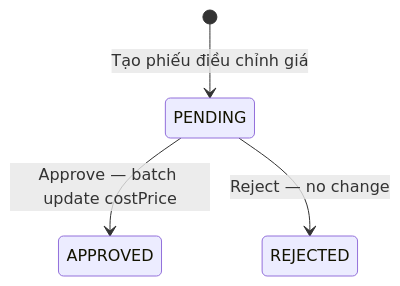
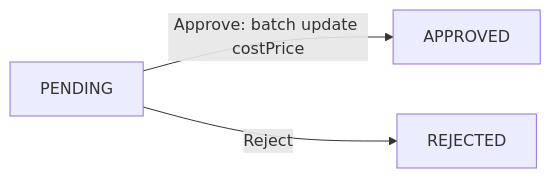
One commit to Java-Inventory-Management-System/Projects changed the first of 2 diagrams in docs/flows/be/06-price-adjustment-flow.md. Above: the diagram before and after it, drawn with Mermaid. The commit also changed 7 other files, not shown here.

Commit message:
docs: convert BE state machines from stateDiagram-v2 to flowchart LR for clean layout

````diff
--- a/docs/flows/be/06-price-adjustment-flow.md
+++ b/docs/flows/be/06-price-adjustment-flow.md
@@ -35,6 +35,5 @@
 ```mermaid
-stateDiagram-v2
-    [*] --> PENDING : Tạo phiếu điều chỉnh giá
-    PENDING --> APPROVED : Approve — batch update costPrice
-    PENDING --> REJECTED : Reject — no change
+flowchart LR
+    PENDING -->|Approve: batch update costPrice| APPROVED
+    PENDING -->|Reject| REJECTED
 ```
````
